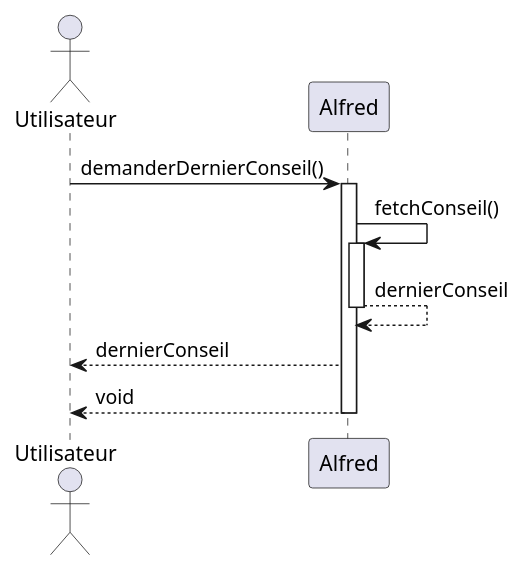
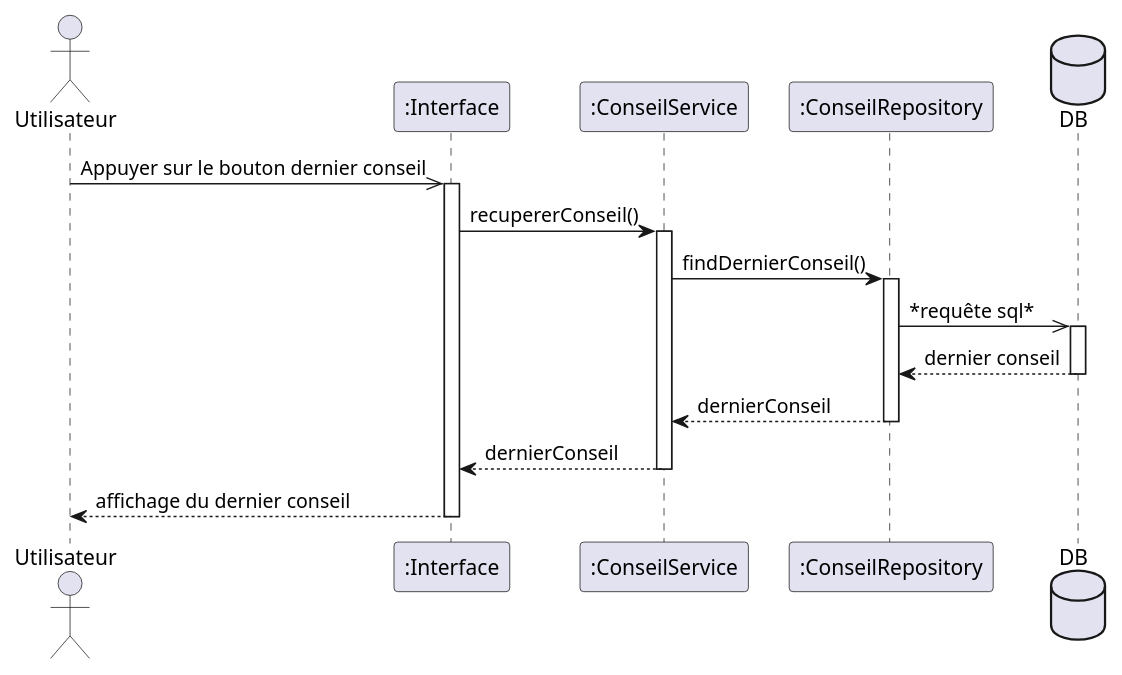
The diagram in seq_detaille.pu (hugo-clems/alfred-case-study), drawn with PlantUML before and after one commit. The commit also changed 1 other file, not shown here.

Commit message:
sequence detaille

```diff
--- a/seq_detaille.pu
+++ b/seq_detaille.pu
@@ -1,14 +1,24 @@
 @startuml
     actor Utilisateur
-    participant Alfred
+    participant Int as ":Interface"
+    participant Serv as ":ConseilService"
+    participant Repo as ":ConseilRepository"
+    database DB
 
-    Utilisateur->Alfred: demanderDernierConseil()
-    activate Alfred
-    Alfred->Alfred: fetchConseil()
-    activate Alfred
-    Alfred-->Alfred: dernierConseil
-    deactivate Alfred
-    Alfred-->Utilisateur: dernierConseil
-    Alfred-->Utilisateur: void
-    deactivate Alfred
+    Utilisateur->>Int: Appuyer sur le bouton dernier conseil
+    activate Int
+    Int->Serv: recupererConseil()
+    activate Serv
+    Serv->Repo: findDernierConseil()
+    activate Repo
+    Repo->>DB: *requête sql*
+    activate DB
+    Repo<--DB: dernier conseil
+    deactivate DB
+    Serv<--Repo: dernierConseil
+    deactivate Repo
+    Int<--Serv: dernierConseil
+    deactivate Serv
+    Utilisateur<--Int: affichage du dernier conseil
+    deactivate Int
 @enduml
```
